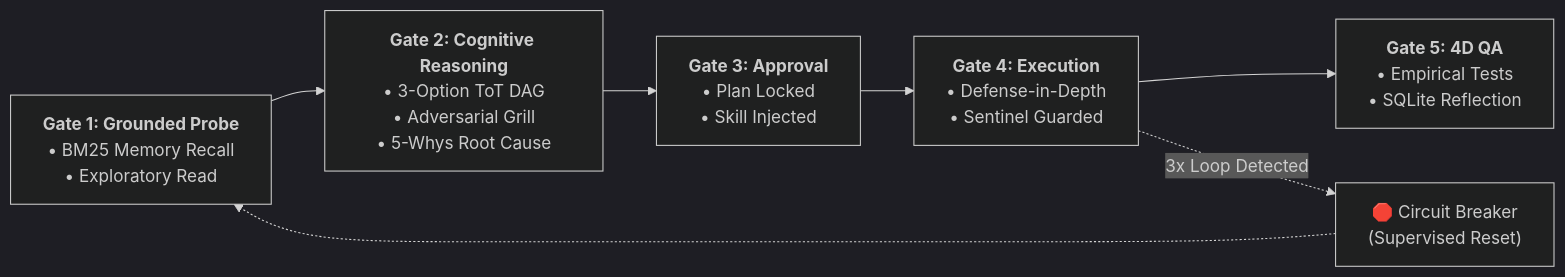
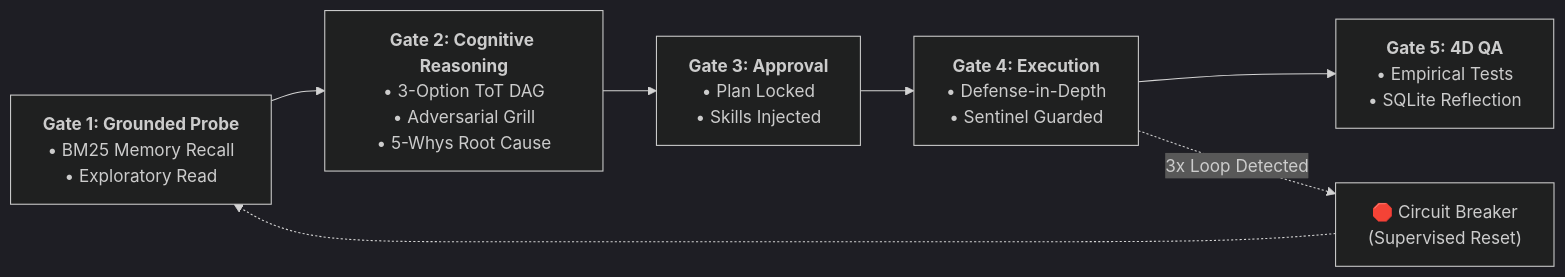
One commit to VoDaiLocz/kilo-kit-mcp changed the diagram in README.md. Above: the diagram before and after it, drawn with Mermaid (dark theme). The commit also changed other lines of this file, not shown here.

````diff
--- a/README.md
+++ b/README.md
@@ -137,19 +121,19 @@
 ```mermaid
 flowchart LR
     G1["<b>Gate 1: Grounded Probe</b><br/>• BM25 Memory Recall<br/>• Exploratory Read"]
     
     G2["<b>Gate 2: Cognitive Reasoning</b><br/>• 3-Option ToT DAG<br/>• Adversarial Grill<br/>• 5-Whys Root Cause"]
     
-    G3["<b>Gate 3: Approval</b><br/>• Plan Locked<br/>• Skill Injected"]
+    G3["<b>Gate 3: Approval</b><br/>• Plan Locked<br/>• Skills Injected"]
     
     G4["<b>Gate 4: Execution</b><br/>• Defense-in-Depth<br/>• Sentinel Guarded"]
     
     G5["<b>Gate 5: 4D QA</b><br/>• Empirical Tests<br/>• SQLite Reflection"]
 
     G1 --> G2
     G2 --> G3
     G3 --> G4
     G4 --> G5
     G4 -.->|3x Loop Detected| Breaker["🛑 Circuit Breaker<br/>(Supervised Reset)"]
     Breaker -.-> G1
 ```
````
